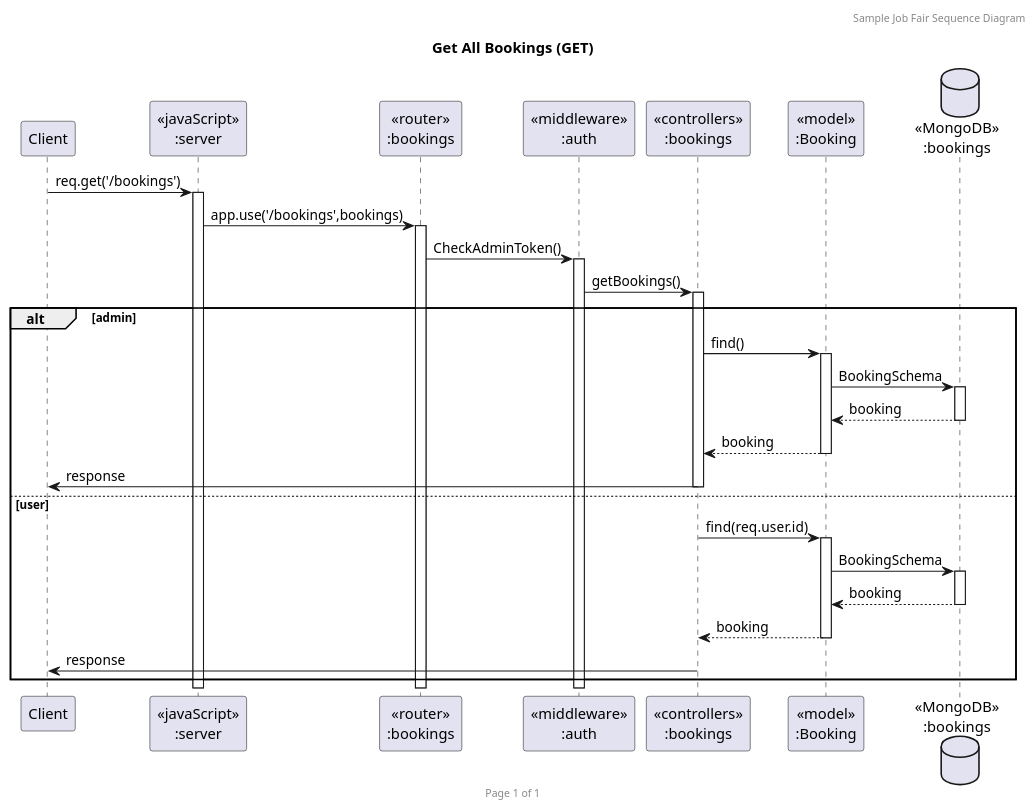
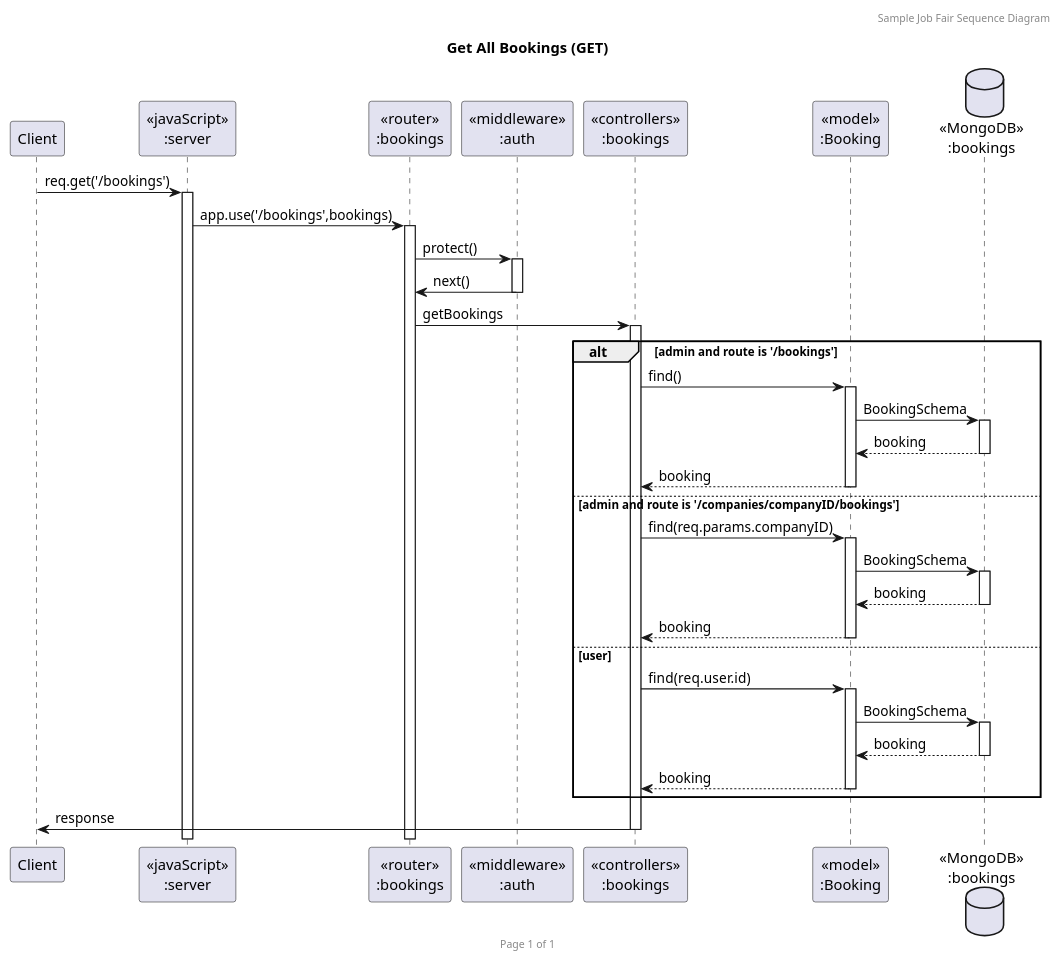
Before and after one commit to armernuntiya/SWDevI: the diagram in PlantUML/JobFairSequenceBookingGETAll.puml, drawn with PlantUML. The commit also changed 14 other files, not shown here.

Commit message:
Edit:diagram puml

```diff
--- a/PlantUML/JobFairSequenceBookingGETAll.puml
+++ b/PlantUML/JobFairSequenceBookingGETAll.puml
@@ -1,33 +1,39 @@
 @startuml Manage Booking (GET)
 
 header Sample Job Fair Sequence Diagram
 footer Page %page% of %lastpage%
 title "Get All Bookings (GET)"
 
 participant "Client" as client
 participant "<<javaScript>>\n:server" as server
 participant "<<router>>\n:bookings" as routerBooking
 participant "<<middleware>>\n:auth" as authMiddleware
 participant "<<controllers>>\n:bookings" as controllersBookings
 participant "<<model>>\n:Booking" as modelBooking
 database "<<MongoDB>>\n:bookings" as BookingsDatabase
 
 client->server ++:req.get('/bookings')
 server->routerBooking ++:app.use('/bookings',bookings)
-routerBooking -> authMiddleware ++: CheckAdminToken()
-authMiddleware -> controllersBookings ++:getBookings()
-alt admin
-    controllersBookings -> modelBooking ++:find()
-    modelBooking -> BookingsDatabase ++: BookingSchema
-    BookingsDatabase --> modelBooking --: booking
-    controllersBookings <-- modelBooking --: booking
-    controllersBookings->client --:response
+routerBooking -> authMiddleware ++: protect()
+routerBooking <- authMiddleware --: next()
+routerBooking -> controllersBookings ++:getBookings
+alt admin and route is '/bookings'
+        controllersBookings -> modelBooking ++:find()
+        modelBooking -> BookingsDatabase ++: BookingSchema
+        BookingsDatabase --> modelBooking --: booking
+        controllersBookings <-- modelBooking --: booking
+else admin and route is '/companies/companyID/bookings'
+        controllersBookings -> modelBooking ++:find(req.params.companyID)
+        modelBooking -> BookingsDatabase ++: BookingSchema
+        BookingsDatabase --> modelBooking --: booking
+        controllersBookings <-- modelBooking --: booking
 else user
     controllersBookings -> modelBooking ++:find(req.user.id)
     modelBooking -> BookingsDatabase ++: BookingSchema
     BookingsDatabase --> modelBooking --: booking
     controllersBookings <-- modelBooking --: booking
-    controllersBookings->client --:response
-    end
+end
+controllersBookings->client --:response
+
 
 @enduml
```
